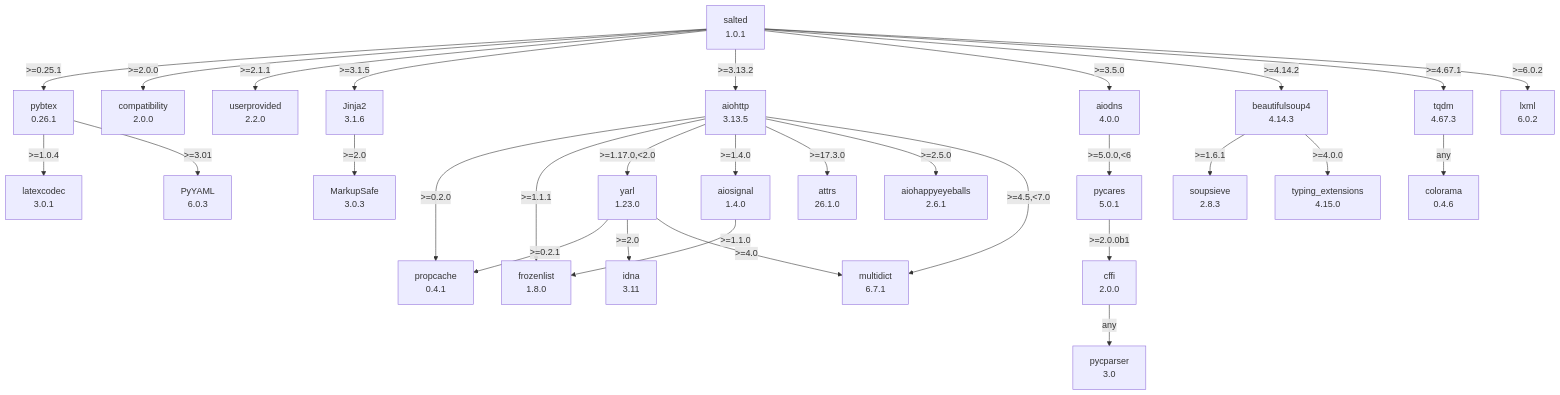
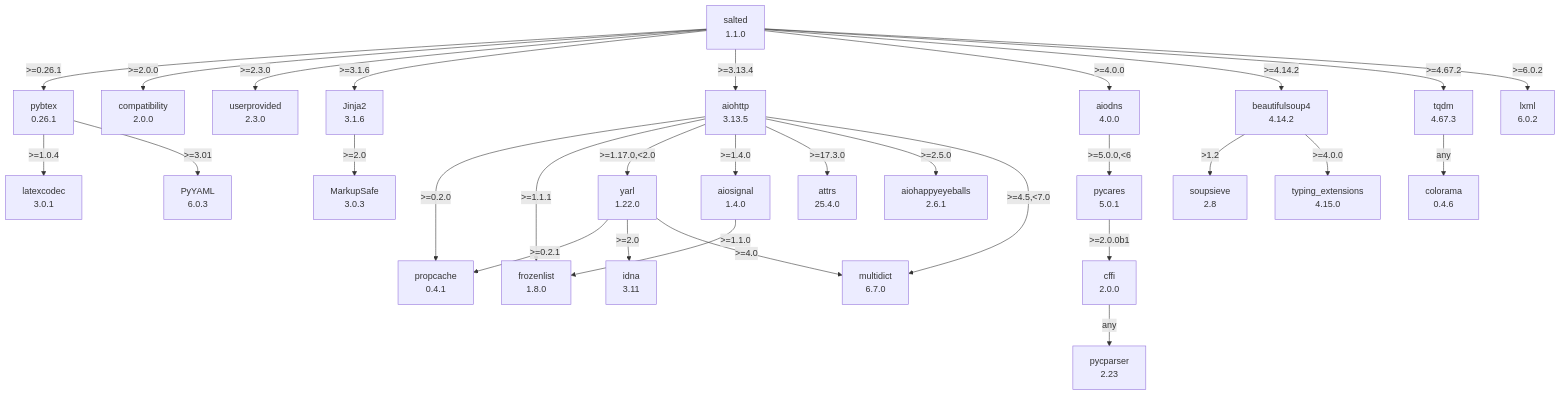
One commit to RuedigerVoigt/salted changed the diagram in documentation/dependency-graph.md. Above: the diagram before and after it, drawn with Mermaid. The commit also changed 1 other file, not shown here.

Commit message:
Update dependency graph; make generator script cross-platform with venv guard

````diff
--- a/documentation/dependency-graph.md
+++ b/documentation/dependency-graph.md
@@ -1,61 +1,61 @@
 ```mermaid
 flowchart TD
     classDef missing stroke-dasharray: 5
     aiodns["aiodns<br/>4.0.0"]
     aiohappyeyeballs["aiohappyeyeballs<br/>2.6.1"]
     aiohttp["aiohttp<br/>3.13.5"]
     aiosignal["aiosignal<br/>1.4.0"]
-    attrs["attrs<br/>26.1.0"]
-    beautifulsoup4["beautifulsoup4<br/>4.14.3"]
+    attrs["attrs<br/>25.4.0"]
+    beautifulsoup4["beautifulsoup4<br/>4.14.2"]
     cffi["cffi<br/>2.0.0"]
     colorama["colorama<br/>0.4.6"]
     compatibility["compatibility<br/>2.0.0"]
     frozenlist["frozenlist<br/>1.8.0"]
     idna["idna<br/>3.11"]
     jinja2["Jinja2<br/>3.1.6"]
     latexcodec["latexcodec<br/>3.0.1"]
     lxml["lxml<br/>6.0.2"]
     markupsafe["MarkupSafe<br/>3.0.3"]
-    multidict["multidict<br/>6.7.1"]
+    multidict["multidict<br/>6.7.0"]
     propcache["propcache<br/>0.4.1"]
     pybtex["pybtex<br/>0.26.1"]
     pycares["pycares<br/>5.0.1"]
-    pycparser["pycparser<br/>3.0"]
+    pycparser["pycparser<br/>2.23"]
     pyyaml["PyYAML<br/>6.0.3"]
-    salted["salted<br/>1.0.1"]
-    soupsieve["soupsieve<br/>2.8.3"]
+    salted["salted<br/>1.1.0"]
+    soupsieve["soupsieve<br/>2.8"]
     tqdm["tqdm<br/>4.67.3"]
     typing-extensions["typing_extensions<br/>4.15.0"]
-    userprovided["userprovided<br/>2.2.0"]
-    yarl["yarl<br/>1.23.0"]
+    userprovided["userprovided<br/>2.3.0"]
+    yarl["yarl<br/>1.22.0"]
     aiodns -- ">=5.0.0,<6" --> pycares
     aiohttp -- ">=0.2.0" --> propcache
     aiohttp -- ">=1.1.1" --> frozenlist
     aiohttp -- ">=1.17.0,<2.0" --> yarl
     aiohttp -- ">=1.4.0" --> aiosignal
     aiohttp -- ">=17.3.0" --> attrs
     aiohttp -- ">=2.5.0" --> aiohappyeyeballs
     aiohttp -- ">=4.5,<7.0" --> multidict
     aiosignal -- ">=1.1.0" --> frozenlist
-    beautifulsoup4 -- ">=1.6.1" --> soupsieve
+    beautifulsoup4 -- ">1.2" --> soupsieve
     beautifulsoup4 -- ">=4.0.0" --> typing-extensions
     cffi -- "any" --> pycparser
     jinja2 -- ">=2.0" --> markupsafe
     pybtex -- ">=1.0.4" --> latexcodec
     pybtex -- ">=3.01" --> pyyaml
     pycares -- ">=2.0.0b1" --> cffi
-    salted -- ">=0.25.1" --> pybtex
+    salted -- ">=0.26.1" --> pybtex
     salted -- ">=2.0.0" --> compatibility
-    salted -- ">=2.1.1" --> userprovided
-    salted -- ">=3.1.5" --> jinja2
-    salted -- ">=3.13.2" --> aiohttp
-    salted -- ">=3.5.0" --> aiodns
+    salted -- ">=2.3.0" --> userprovided
+    salted -- ">=3.1.6" --> jinja2
+    salted -- ">=3.13.4" --> aiohttp
+    salted -- ">=4.0.0" --> aiodns
     salted -- ">=4.14.2" --> beautifulsoup4
-    salted -- ">=4.67.1" --> tqdm
+    salted -- ">=4.67.2" --> tqdm
     salted -- ">=6.0.2" --> lxml
     tqdm -- "any" --> colorama
     yarl -- ">=0.2.1" --> propcache
     yarl -- ">=2.0" --> idna
     yarl -- ">=4.0" --> multidict
 
 ```
````
